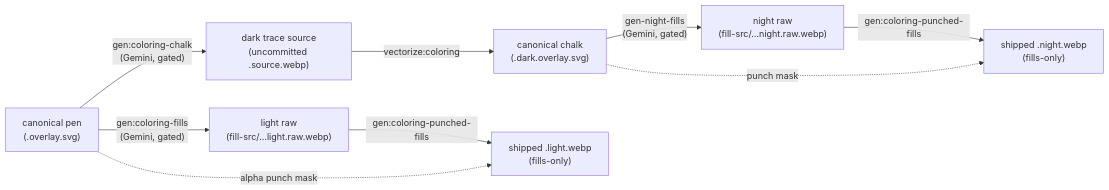
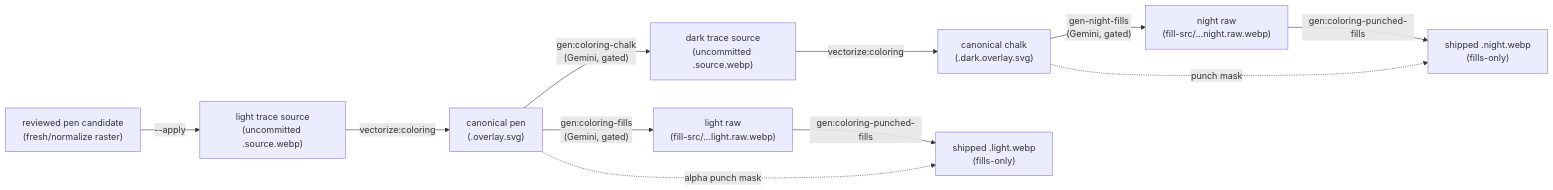
The diagram in tools/asset-gen/docs/pipeline.md (KyleMit/Splotch), drawn with Mermaid before and after one commit. The commit also changed other lines of this file and 2 other files, not shown here.

Commit message:
Guard vector coloring pack manifests

````diff
--- a/tools/asset-gen/docs/pipeline.md
+++ b/tools/asset-gen/docs/pipeline.md
@@ -20,11 +20,13 @@
 ```mermaid
 flowchart LR
+    PC["reviewed pen candidate<br/>(fresh/normalize raster)"] -->|"--apply"| PS["light trace source<br/>(uncommitted .source.webp)"]
+    PS -->|vectorize:coloring| P
     P["canonical pen<br/>(.overlay.svg)"] -->|"gen:coloring-chalk<br/>(Gemini, gated)"| CS["dark trace source<br/>(uncommitted .source.webp)"]
     CS -->|vectorize:coloring| C["canonical chalk<br/>(.dark.overlay.svg)"]
     P -->|"gen:coloring-fills<br/>(Gemini, gated)"| LR2["light raw<br/>(fill-src/…light.raw.webp)"]
     C -->|"gen-night-fills<br/>(Gemini, gated)"| NR["night raw<br/>(fill-src/…night.raw.webp)"]
     LR2 -->|gen:coloring-punched-fills| LS["shipped .light.webp<br/>(fills-only)"]
     NR -->|gen:coloring-punched-fills| NS["shipped .night.webp<br/>(fills-only)"]
     P -.->|"alpha punch mask"| LS
     C -.->|"punch mask"| NS
 ```
````
